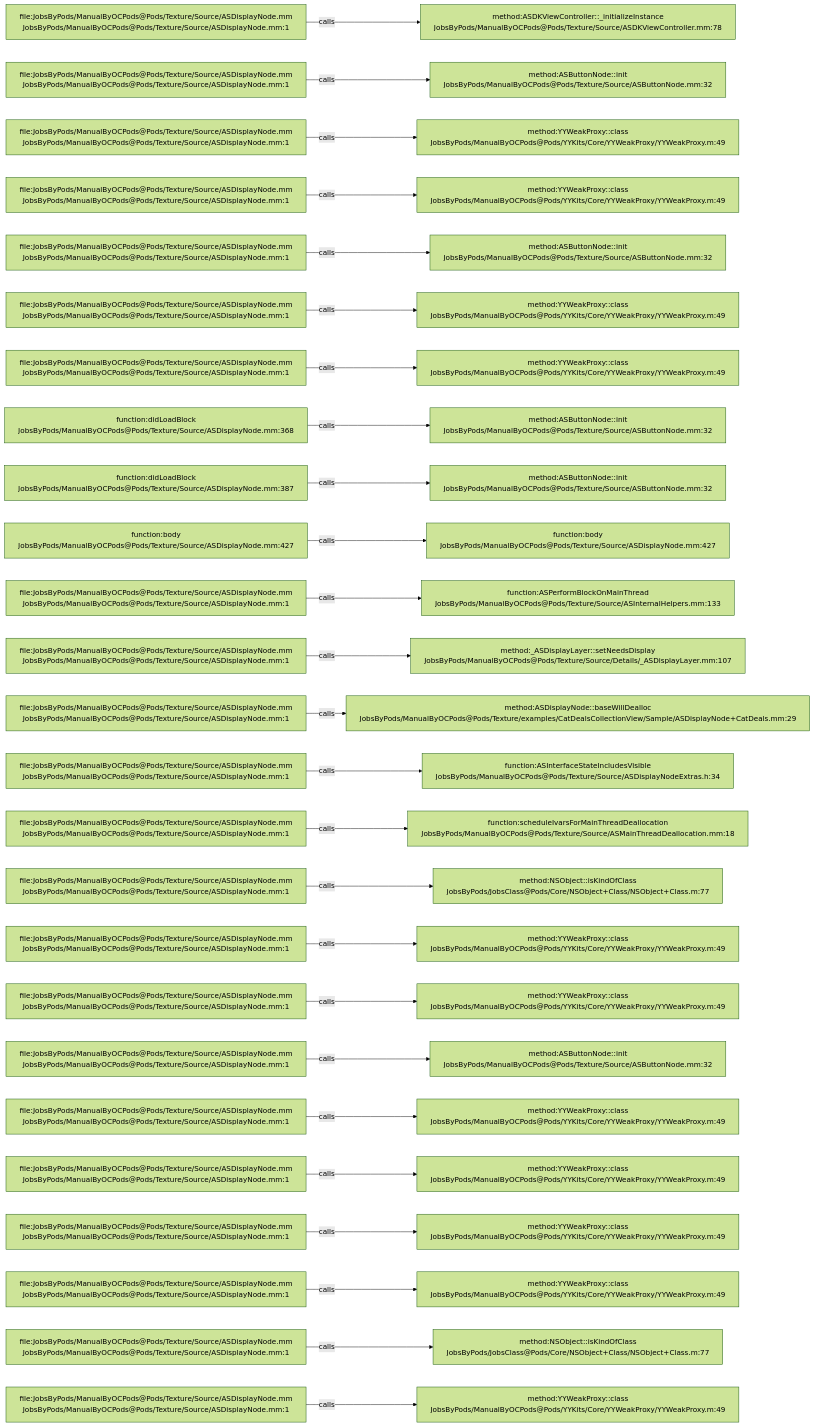
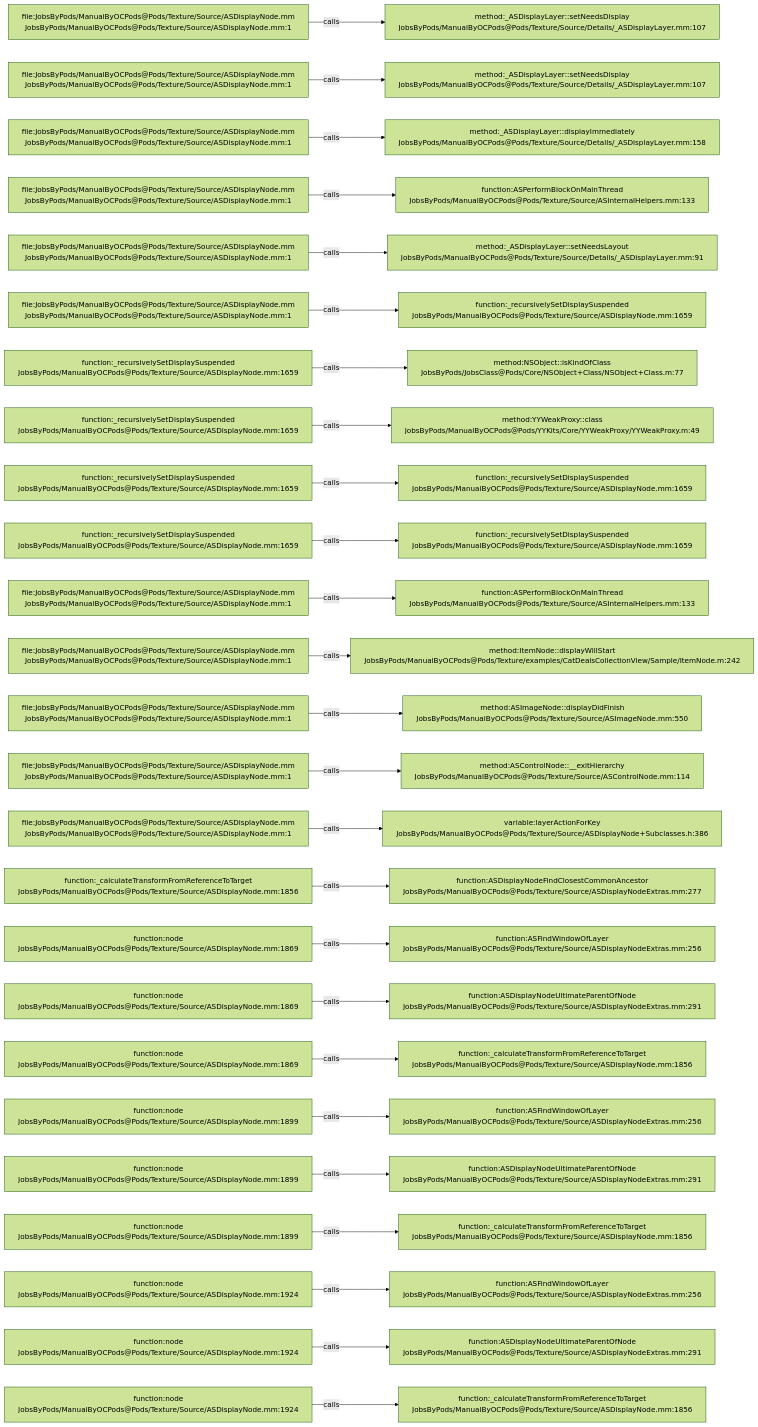
One commit to JobsKits/JobsOCBaseConfigDemo changed the diagram in .codegraph/codegraph.md/graphs/calls-098.md. Above: the diagram before and after it, drawn with Mermaid (forest theme). The commit also changed 1353 other files, not shown here.

````diff
--- a/.codegraph/codegraph.md/graphs/calls-098.md
+++ b/.codegraph/codegraph.md/graphs/calls-098.md
@@ -13,78 +13,78 @@
 ```mermaid
 flowchart LR
   S1["file:JobsByPods/ManualByOCPods@Pods/Texture/Source/ASDisplayNode.mm<br/>JobsByPods/ManualByOCPods@Pods/Texture/Source/ASDisplayNode.mm:1"]
-  T1["method:ASDKViewController::_initializeInstance<br/>JobsByPods/ManualByOCPods@Pods/Texture/Source/ASDKViewController.mm:78"]
+  T1["method:_ASDisplayLayer::setNeedsDisplay<br/>JobsByPods/ManualByOCPods@Pods/Texture/Source/Details/_ASDisplayLayer.mm:107"]
   S1 -->|calls| T1
   S2["file:JobsByPods/ManualByOCPods@Pods/Texture/Source/ASDisplayNode.mm<br/>JobsByPods/ManualByOCPods@Pods/Texture/Source/ASDisplayNode.mm:1"]
-  T2["method:ASButtonNode::init<br/>JobsByPods/ManualByOCPods@Pods/Texture/Source/ASButtonNode.mm:32"]
+  T2["method:_ASDisplayLayer::setNeedsDisplay<br/>JobsByPods/ManualByOCPods@Pods/Texture/Source/Details/_ASDisplayLayer.mm:107"]
   S2 -->|calls| T2
   S3["file:JobsByPods/ManualByOCPods@Pods/Texture/Source/ASDisplayNode.mm<br/>JobsByPods/ManualByOCPods@Pods/Texture/Source/ASDisplayNode.mm:1"]
-  T3["method:YYWeakProxy::class<br/>JobsByPods/ManualByOCPods@Pods/YYKits/Core/YYWeakProxy/YYWeakProxy.m:49"]
+  T3["method:_ASDisplayLayer::displayImmediately<br/>JobsByPods/ManualByOCPods@Pods/Texture/Source/Details/_ASDisplayLayer.mm:158"]
   S3 -->|calls| T3
   S4["file:JobsByPods/ManualByOCPods@Pods/Texture/Source/ASDisplayNode.mm<br/>JobsByPods/ManualByOCPods@Pods/Texture/Source/ASDisplayNode.mm:1"]
-  T4["method:YYWeakProxy::class<br/>JobsByPods/ManualByOCPods@Pods/YYKits/Core/YYWeakProxy/YYWeakProxy.m:49"]
+  T4["function:ASPerformBlockOnMainThread<br/>JobsByPods/ManualByOCPods@Pods/Texture/Source/ASInternalHelpers.mm:133"]
   S4 -->|calls| T4
   S5["file:JobsByPods/ManualByOCPods@Pods/Texture/Source/ASDisplayNode.mm<br/>JobsByPods/ManualByOCPods@Pods/Texture/Source/ASDisplayNode.mm:1"]
-  T5["method:ASButtonNode::init<br/>JobsByPods/ManualByOCPods@Pods/Texture/Source/ASButtonNode.mm:32"]
+  T5["method:_ASDisplayLayer::setNeedsLayout<br/>JobsByPods/ManualByOCPods@Pods/Texture/Source/Details/_ASDisplayLayer.mm:91"]
   S5 -->|calls| T5
   S6["file:JobsByPods/ManualByOCPods@Pods/Texture/Source/ASDisplayNode.mm<br/>JobsByPods/ManualByOCPods@Pods/Texture/Source/ASDisplayNode.mm:1"]
-  T6["method:YYWeakProxy::class<br/>JobsByPods/ManualByOCPods@Pods/YYKits/Core/YYWeakProxy/YYWeakProxy.m:49"]
+  T6["function:_recursivelySetDisplaySuspended<br/>JobsByPods/ManualByOCPods@Pods/Texture/Source/ASDisplayNode.mm:1659"]
   S6 -->|calls| T6
-  S7["file:JobsByPods/ManualByOCPods@Pods/Texture/Source/ASDisplayNode.mm<br/>JobsByPods/ManualByOCPods@Pods/Texture/Source/ASDisplayNode.mm:1"]
-  T7["method:YYWeakProxy::class<br/>JobsByPods/ManualByOCPods@Pods/YYKits/Core/YYWeakProxy/YYWeakProxy.m:49"]
+  S7["function:_recursivelySetDisplaySuspended<br/>JobsByPods/ManualByOCPods@Pods/Texture/Source/ASDisplayNode.mm:1659"]
+  T7["method:NSObject::isKindOfClass<br/>JobsByPods/JobsClass@Pods/Core/NSObject+Class/NSObject+Class.m:77"]
   S7 -->|calls| T7
-  S8["function:didLoadBlock<br/>JobsByPods/ManualByOCPods@Pods/Texture/Source/ASDisplayNode.mm:368"]
-  T8["method:ASButtonNode::init<br/>JobsByPods/ManualByOCPods@Pods/Texture/Source/ASButtonNode.mm:32"]
+  S8["function:_recursivelySetDisplaySuspended<br/>JobsByPods/ManualByOCPods@Pods/Texture/Source/ASDisplayNode.mm:1659"]
+  T8["method:YYWeakProxy::class<br/>JobsByPods/ManualByOCPods@Pods/YYKits/Core/YYWeakProxy/YYWeakProxy.m:49"]
   S8 -->|calls| T8
-  S9["function:didLoadBlock<br/>JobsByPods/ManualByOCPods@Pods/Texture/Source/ASDisplayNode.mm:387"]
-  T9["method:ASButtonNode::init<br/>JobsByPods/ManualByOCPods@Pods/Texture/Source/ASButtonNode.mm:32"]
+  S9["function:_recursivelySetDisplaySuspended<br/>JobsByPods/ManualByOCPods@Pods/Texture/Source/ASDisplayNode.mm:1659"]
+  T9["function:_recursivelySetDisplaySuspended<br/>JobsByPods/ManualByOCPods@Pods/Texture/Source/ASDisplayNode.mm:1659"]
   S9 -->|calls| T9
-  S10["function:body<br/>JobsByPods/ManualByOCPods@Pods/Texture/Source/ASDisplayNode.mm:427"]
-  T10["function:body<br/>JobsByPods/ManualByOCPods@Pods/Texture/Source/ASDisplayNode.mm:427"]
+  S10["function:_recursivelySetDisplaySuspended<br/>JobsByPods/ManualByOCPods@Pods/Texture/Source/ASDisplayNode.mm:1659"]
+  T10["function:_recursivelySetDisplaySuspended<br/>JobsByPods/ManualByOCPods@Pods/Texture/Source/ASDisplayNode.mm:1659"]
   S10 -->|calls| T10
   S11["file:JobsByPods/ManualByOCPods@Pods/Texture/Source/ASDisplayNode.mm<br/>JobsByPods/ManualByOCPods@Pods/Texture/Source/ASDisplayNode.mm:1"]
   T11["function:ASPerformBlockOnMainThread<br/>JobsByPods/ManualByOCPods@Pods/Texture/Source/ASInternalHelpers.mm:133"]
   S11 -->|calls| T11
   S12["file:JobsByPods/ManualByOCPods@Pods/Texture/Source/ASDisplayNode.mm<br/>JobsByPods/ManualByOCPods@Pods/Texture/Source/ASDisplayNode.mm:1"]
-  T12["method:_ASDisplayLayer::setNeedsDisplay<br/>JobsByPods/ManualByOCPods@Pods/Texture/Source/Details/_ASDisplayLayer.mm:107"]
+  T12["method:ItemNode::displayWillStart<br/>JobsByPods/ManualByOCPods@Pods/Texture/examples/CatDealsCollectionView/Sample/ItemNode.m:242"]
   S12 -->|calls| T12
   S13["file:JobsByPods/ManualByOCPods@Pods/Texture/Source/ASDisplayNode.mm<br/>JobsByPods/ManualByOCPods@Pods/Texture/Source/ASDisplayNode.mm:1"]
-  T13["method:ASDisplayNode::baseWillDealloc<br/>JobsByPods/ManualByOCPods@Pods/Texture/examples/CatDealsCollectionView/Sample/ASDisplayNode+CatDeals.mm:29"]
+  T13["method:ASImageNode::displayDidFinish<br/>JobsByPods/ManualByOCPods@Pods/Texture/Source/ASImageNode.mm:550"]
   S13 -->|calls| T13
   S14["file:JobsByPods/ManualByOCPods@Pods/Texture/Source/ASDisplayNode.mm<br/>JobsByPods/ManualByOCPods@Pods/Texture/Source/ASDisplayNode.mm:1"]
-  T14["function:ASInterfaceStateIncludesVisible<br/>JobsByPods/ManualByOCPods@Pods/Texture/Source/ASDisplayNodeExtras.h:34"]
+  T14["method:ASControlNode::__exitHierarchy<br/>JobsByPods/ManualByOCPods@Pods/Texture/Source/ASControlNode.mm:114"]
   S14 -->|calls| T14
   S15["file:JobsByPods/ManualByOCPods@Pods/Texture/Source/ASDisplayNode.mm<br/>JobsByPods/ManualByOCPods@Pods/Texture/Source/ASDisplayNode.mm:1"]
-  T15["function:scheduleIvarsForMainThreadDeallocation<br/>JobsByPods/ManualByOCPods@Pods/Texture/Source/ASMainThreadDeallocation.mm:18"]
+  T15["variable:layerActionForKey<br/>JobsByPods/ManualByOCPods@Pods/Texture/Source/ASDisplayNode+Subclasses.h:386"]
   S15 -->|calls| T15
-  S16["file:JobsByPods/ManualByOCPods@Pods/Texture/Source/ASDisplayNode.mm<br/>JobsByPods/ManualByOCPods@Pods/Texture/Source/ASDisplayNode.mm:1"]
-  T16["method:NSObject::isKindOfClass<br/>JobsByPods/JobsClass@Pods/Core/NSObject+Class/NSObject+Class.m:77"]
+  S16["function:_calculateTransformFromReferenceToTarget<br/>JobsByPods/ManualByOCPods@Pods/Texture/Source/ASDisplayNode.mm:1856"]
+  T16["function:ASDisplayNodeFindClosestCommonAncestor<br/>JobsByPods/ManualByOCPods@Pods/Texture/Source/ASDisplayNodeExtras.mm:277"]
   S16 -->|calls| T16
-  S17["file:JobsByPods/ManualByOCPods@Pods/Texture/Source/ASDisplayNode.mm<br/>JobsByPods/ManualByOCPods@Pods/Texture/Source/ASDisplayNode.mm:1"]
-  T17["method:YYWeakProxy::class<br/>JobsByPods/ManualByOCPods@Pods/YYKits/Core/YYWeakProxy/YYWeakProxy.m:49"]
+  S17["function:node<br/>JobsByPods/ManualByOCPods@Pods/Texture/Source/ASDisplayNode.mm:1869"]
+  T17["function:ASFindWindowOfLayer<br/>JobsByPods/ManualByOCPods@Pods/Texture/Source/ASDisplayNodeExtras.mm:256"]
   S17 -->|calls| T17
-  S18["file:JobsByPods/ManualByOCPods@Pods/Texture/Source/ASDisplayNode.mm<br/>JobsByPods/ManualByOCPods@Pods/Texture/Source/ASDisplayNode.mm:1"]
-  T18["method:YYWeakProxy::class<br/>JobsByPods/ManualByOCPods@Pods/YYKits/Core/YYWeakProxy/YYWeakProxy.m:49"]
+  S18["function:node<br/>JobsByPods/ManualByOCPods@Pods/Texture/Source/ASDisplayNode.mm:1869"]
+  T18["function:ASDisplayNodeUltimateParentOfNode<br/>JobsByPods/ManualByOCPods@Pods/Texture/Source/ASDisplayNodeExtras.mm:291"]
   S18 -->|calls| T18
-  S19["file:JobsByPods/ManualByOCPods@Pods/Texture/Source/ASDisplayNode.mm<br/>JobsByPods/ManualByOCPods@Pods/Texture/Source/ASDisplayNode.mm:1"]
-  T19["method:ASButtonNode::init<br/>JobsByPods/ManualByOCPods@Pods/Texture/Source/ASButtonNode.mm:32"]
+  S19["function:node<br/>JobsByPods/ManualByOCPods@Pods/Texture/Source/ASDisplayNode.mm:1869"]
+  T19["function:_calculateTransformFromReferenceToTarget<br/>JobsByPods/ManualByOCPods@Pods/Texture/Source/ASDisplayNode.mm:1856"]
   S19 -->|calls| T19
-  S20["file:JobsByPods/ManualByOCPods@Pods/Texture/Source/ASDisplayNode.mm<br/>JobsByPods/ManualByOCPods@Pods/Texture/Source/ASDisplayNode.mm:1"]
-  T20["method:YYWeakProxy::class<br/>JobsByPods/ManualByOCPods@Pods/YYKits/Core/YYWeakProxy/YYWeakProxy.m:49"]
+  S20["function:node<br/>JobsByPods/ManualByOCPods@Pods/Texture/Source/ASDisplayNode.mm:1899"]
+  T20["function:ASFindWindowOfLayer<br/>JobsByPods/ManualByOCPods@Pods/Texture/Source/ASDisplayNodeExtras.mm:256"]
   S20 -->|calls| T20
-  S21["file:JobsByPods/ManualByOCPods@Pods/Texture/Source/ASDisplayNode.mm<br/>JobsByPods/ManualByOCPods@Pods/Texture/Source/ASDisplayNode.mm:1"]
-  T21["method:YYWeakProxy::class<br/>JobsByPods/ManualByOCPods@Pods/YYKits/Core/YYWeakProxy/YYWeakProxy.m:49"]
+  S21["function:node<br/>JobsByPods/ManualByOCPods@Pods/Texture/Source/ASDisplayNode.mm:1899"]
+  T21["function:ASDisplayNodeUltimateParentOfNode<br/>JobsByPods/ManualByOCPods@Pods/Texture/Source/ASDisplayNodeExtras.mm:291"]
   S21 -->|calls| T21
-  S22["file:JobsByPods/ManualByOCPods@Pods/Texture/Source/ASDisplayNode.mm<br/>JobsByPods/ManualByOCPods@Pods/Texture/Source/ASDisplayNode.mm:1"]
-  T22["method:YYWeakProxy::class<br/>JobsByPods/ManualByOCPods@Pods/YYKits/Core/YYWeakProxy/YYWeakProxy.m:49"]
+  S22["function:node<br/>JobsByPods/ManualByOCPods@Pods/Texture/Source/ASDisplayNode.mm:1899"]
+  T22["function:_calculateTransformFromReferenceToTarget<br/>JobsByPods/ManualByOCPods@Pods/Texture/Source/ASDisplayNode.mm:1856"]
   S22 -->|calls| T22
-  S23["file:JobsByPods/ManualByOCPods@Pods/Texture/Source/ASDisplayNode.mm<br/>JobsByPods/ManualByOCPods@Pods/Texture/Source/ASDisplayNode.mm:1"]
-  T23["method:YYWeakProxy::class<br/>JobsByPods/ManualByOCPods@Pods/YYKits/Core/YYWeakProxy/YYWeakProxy.m:49"]
+  S23["function:node<br/>JobsByPods/ManualByOCPods@Pods/Texture/Source/ASDisplayNode.mm:1924"]
+  T23["function:ASFindWindowOfLayer<br/>JobsByPods/ManualByOCPods@Pods/Texture/Source/ASDisplayNodeExtras.mm:256"]
   S23 -->|calls| T23
-  S24["file:JobsByPods/ManualByOCPods@Pods/Texture/Source/ASDisplayNode.mm<br/>JobsByPods/ManualByOCPods@Pods/Texture/Source/ASDisplayNode.mm:1"]
-  T24["method:NSObject::isKindOfClass<br/>JobsByPods/JobsClass@Pods/Core/NSObject+Class/NSObject+Class.m:77"]
+  S24["function:node<br/>JobsByPods/ManualByOCPods@Pods/Texture/Source/ASDisplayNode.mm:1924"]
+  T24["function:ASDisplayNodeUltimateParentOfNode<br/>JobsByPods/ManualByOCPods@Pods/Texture/Source/ASDisplayNodeExtras.mm:291"]
   S24 -->|calls| T24
-  S25["file:JobsByPods/ManualByOCPods@Pods/Texture/Source/ASDisplayNode.mm<br/>JobsByPods/ManualByOCPods@Pods/Texture/Source/ASDisplayNode.mm:1"]
-  T25["method:YYWeakProxy::class<br/>JobsByPods/ManualByOCPods@Pods/YYKits/Core/YYWeakProxy/YYWeakProxy.m:49"]
+  S25["function:node<br/>JobsByPods/ManualByOCPods@Pods/Texture/Source/ASDisplayNode.mm:1924"]
+  T25["function:_calculateTransformFromReferenceToTarget<br/>JobsByPods/ManualByOCPods@Pods/Texture/Source/ASDisplayNode.mm:1856"]
   S25 -->|calls| T25
 ```
````
